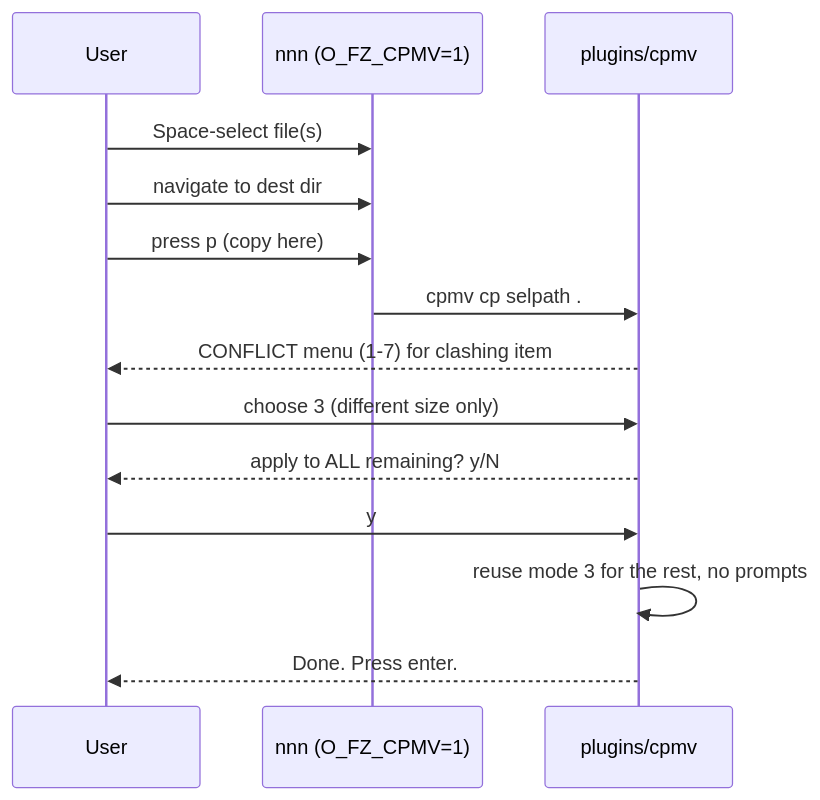
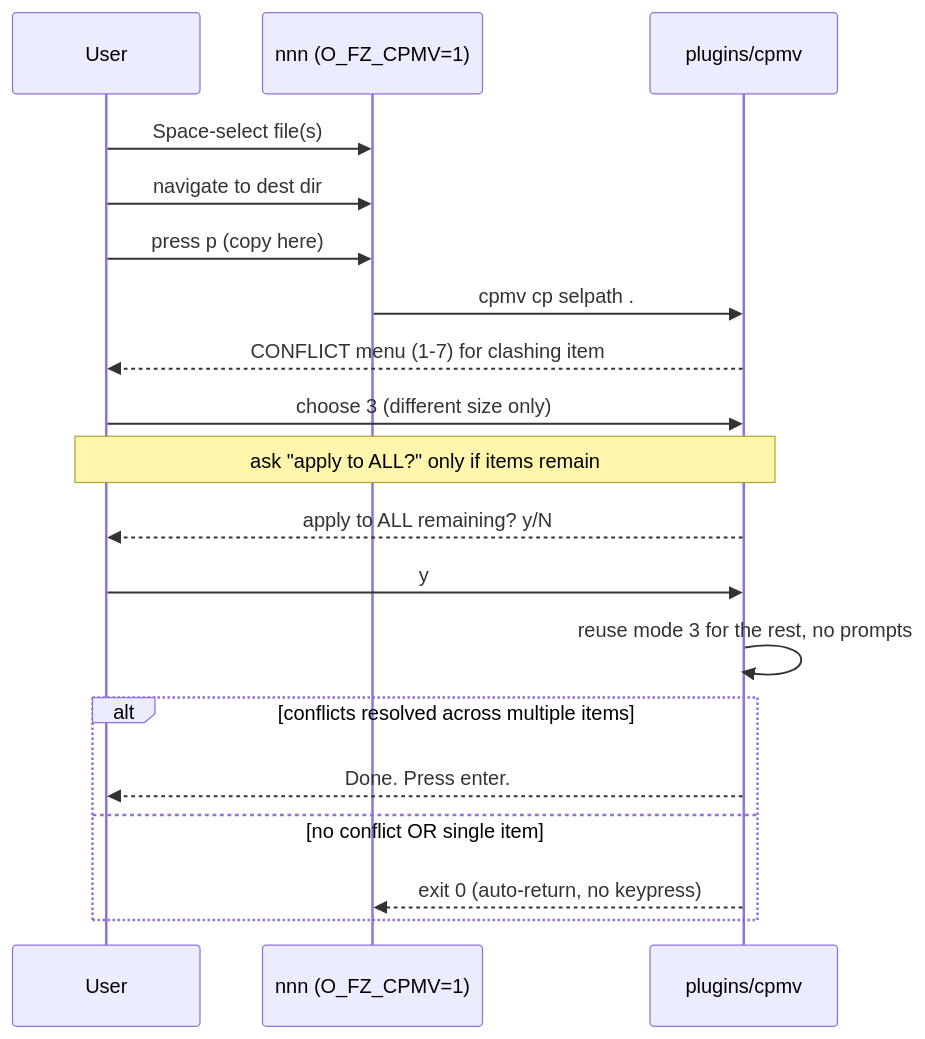
Diagram 24 of 24 in docs/Brainstorm_nnn_Update.md (techcaotri/nnn), drawn with Mermaid before and after one commit. The commit also changed other lines of this file and 1 other file, not shown here.

First line of the commit message:
fix(cpmv): auto-return to nnn and skip apply-to-all for single/no-conflict ops

````diff
--- a/docs/Brainstorm_nnn_Update.md
+++ b/docs/Brainstorm_nnn_Update.md
@@ -1853,17 +1869,22 @@
 ```mermaid
 %% Verification flow mirroring the user's workflow
 sequenceDiagram
     participant U as User
     participant N as nnn (O_FZ_CPMV=1)
     participant H as plugins/cpmv
     U->>N: Space-select file(s)
     U->>N: navigate to dest dir
     U->>N: press p (copy here)
     N->>H: cpmv cp selpath .
     H-->>U: CONFLICT menu (1-7) for clashing item
     U->>H: choose 3 (different size only)
+    Note over H,U: ask "apply to ALL?" only if items remain
     H-->>U: apply to ALL remaining? y/N
     U->>H: y
     H->>H: reuse mode 3 for the rest, no prompts
-    H-->>U: Done. Press enter.
+    alt conflicts resolved across multiple items
+        H-->>U: Done. Press enter.
+    else no conflict OR single item
+        H-->>N: exit 0 (auto-return, no keypress)
+    end
 ```
````
